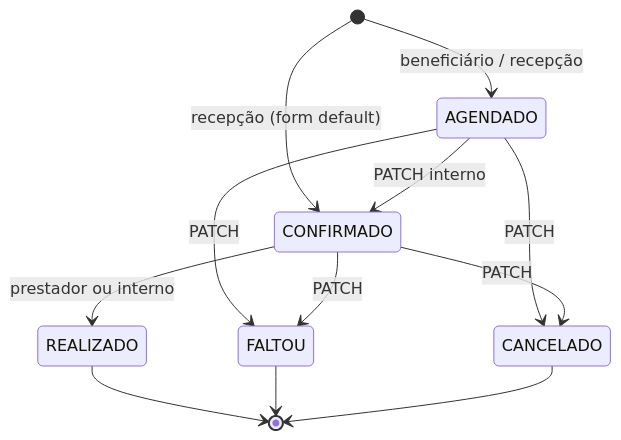
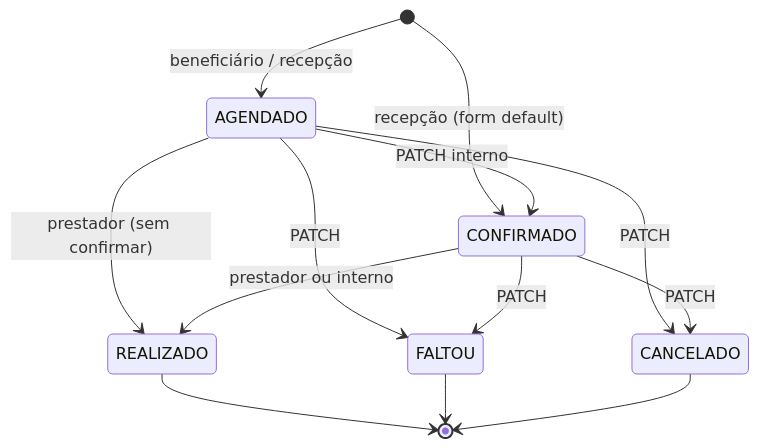
One commit to Piulres/sistema-bibi changed the ninth of 10 diagrams in docs/produto/FLUXOS.md. Above: the diagram before and after it, drawn with Mermaid. The commit also changed other lines of this file and 7 other files, not shown here.

````diff
--- a/docs/produto/FLUXOS.md
+++ b/docs/produto/FLUXOS.md
@@ -675,14 +681,15 @@
 ```mermaid
 stateDiagram-v2
   [*] --> AGENDADO: beneficiário / recepção
   [*] --> CONFIRMADO: recepção (form default)
   AGENDADO --> CONFIRMADO: PATCH interno
+  AGENDADO --> REALIZADO: prestador (sem confirmar)
   AGENDADO --> CANCELADO: PATCH
   AGENDADO --> FALTOU: PATCH
   CONFIRMADO --> REALIZADO: prestador ou interno
   CONFIRMADO --> FALTOU: PATCH
   CONFIRMADO --> CANCELADO: PATCH
   REALIZADO --> [*]
   FALTOU --> [*]
   CANCELADO --> [*]
 ```
````
